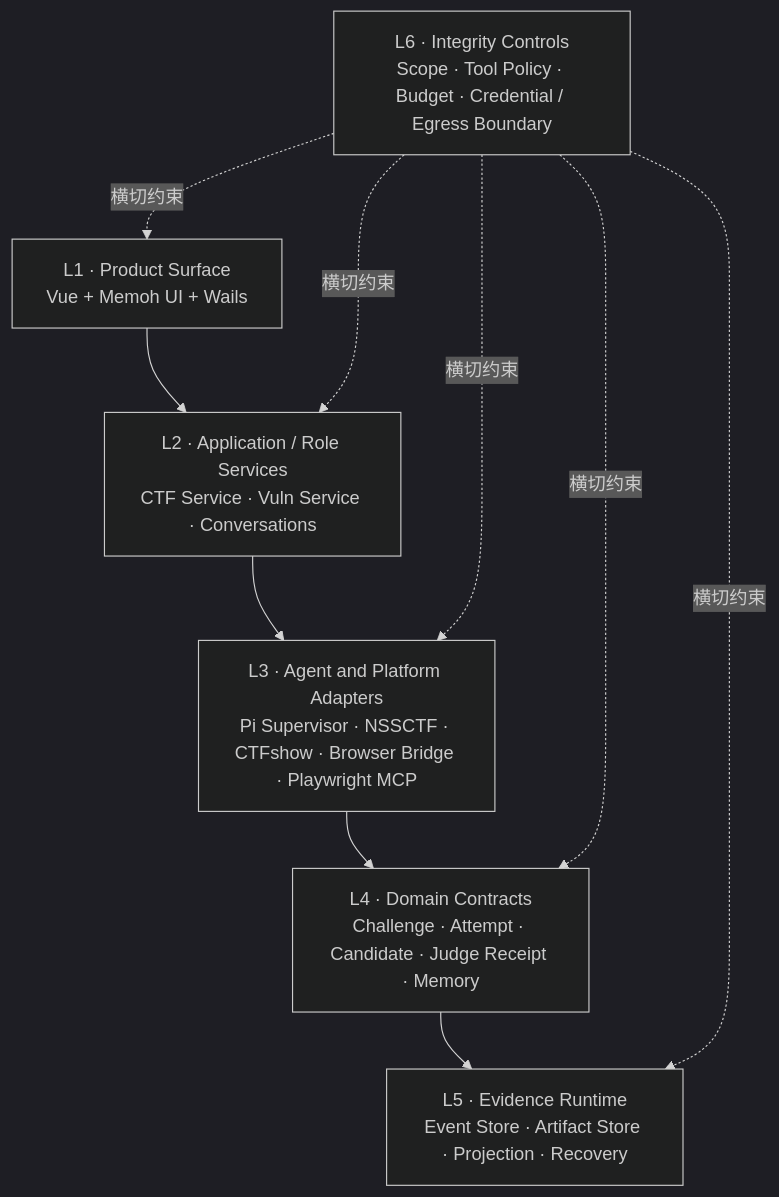
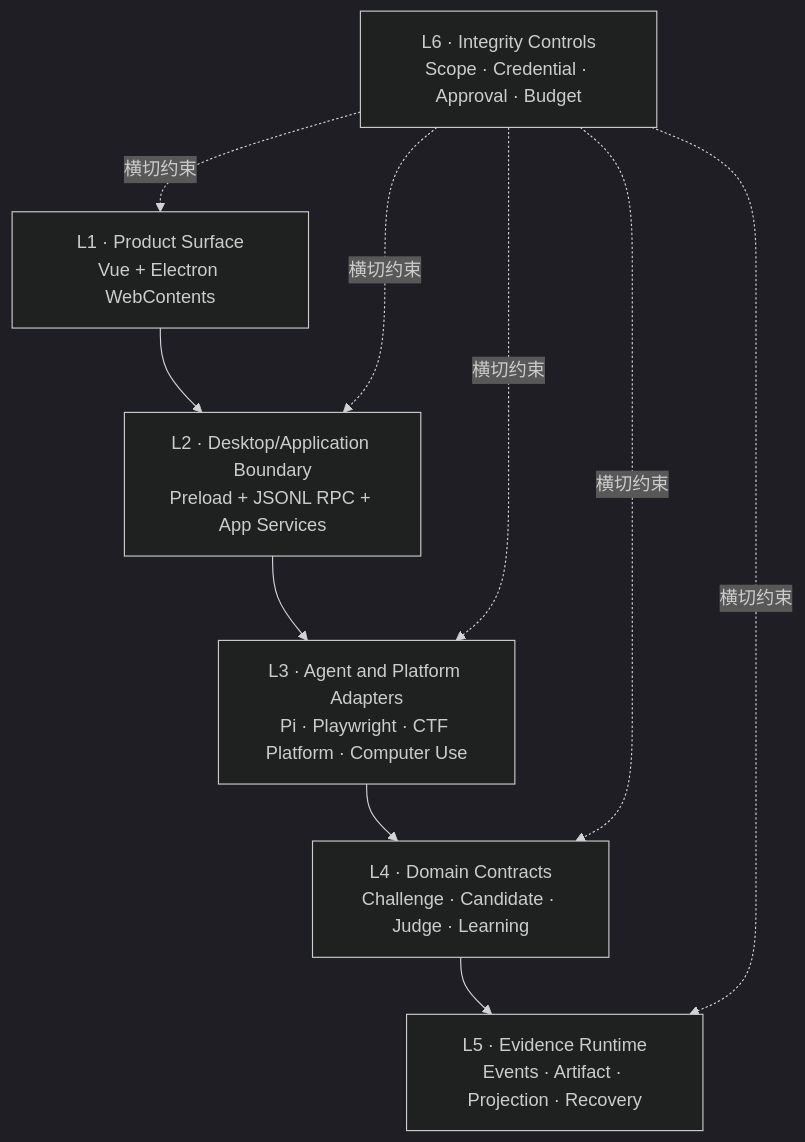
Before and after one commit to MilkSU-Official/milksu: the fourth of 4 diagrams in docs/architecture/current-system.md, drawn with Mermaid (dark theme). The commit also changed other lines of this file and 63 other files, not shown here.

Commit message:
refactor: move desktop shell to Electron Chromium

````diff
--- a/docs/architecture/current-system.md
+++ b/docs/architecture/current-system.md
@@ -163,16 +170,16 @@
 ```mermaid
 flowchart TB
-    L1["L1 · Product Surface<br/>Vue + Memoh UI + Wails"]
-    L2["L2 · Application / Role Services<br/>CTF Service · Vuln Service · Conversations"]
-    L3["L3 · Agent and Platform Adapters<br/>Pi Supervisor · NSSCTF · CTFshow · Browser Bridge · Playwright MCP"]
-    L4["L4 · Domain Contracts<br/>Challenge · Attempt · Candidate · Judge Receipt · Memory"]
-    L5["L5 · Evidence Runtime<br/>Event Store · Artifact Store · Projection · Recovery"]
-    L6["L6 · Integrity Controls<br/>Scope · Tool Policy · Budget · Credential / Egress Boundary"]
+    L1["L1 · Product Surface<br/>Vue + Electron WebContents"]
+    L2["L2 · Desktop/Application Boundary<br/>Preload + JSONL RPC + App Services"]
+    L3["L3 · Agent and Platform Adapters<br/>Pi · Playwright · CTF Platform · Computer Use"]
+    L4["L4 · Domain Contracts<br/>Challenge · Candidate · Judge · Learning"]
+    L5["L5 · Evidence Runtime<br/>Events · Artifact · Projection · Recovery"]
+    L6["L6 · Integrity Controls<br/>Scope · Credential · Approval · Budget"]
 
     L1 --> L2 --> L3 --> L4 --> L5
     L6 -. "横切约束" .-> L1
     L6 -. "横切约束" .-> L2
     L6 -. "横切约束" .-> L3
     L6 -. "横切约束" .-> L4
     L6 -. "横切约束" .-> L5
 ```
````
